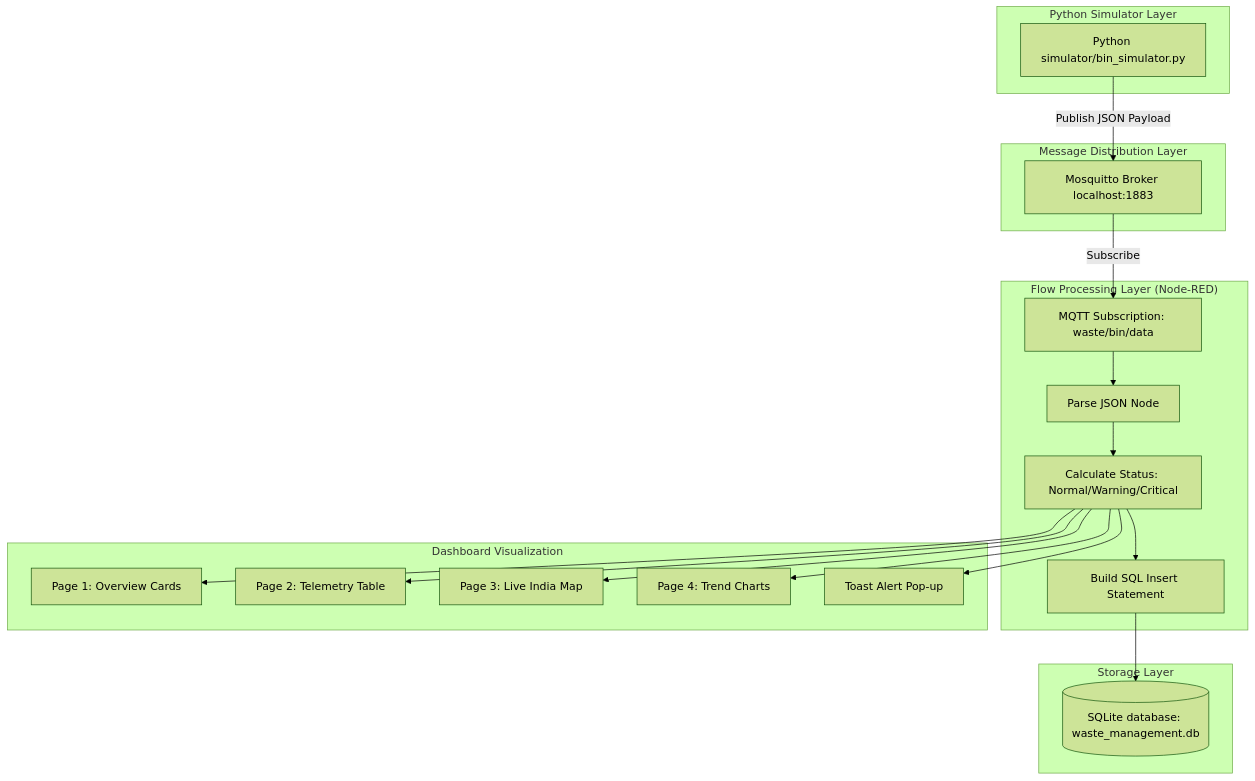
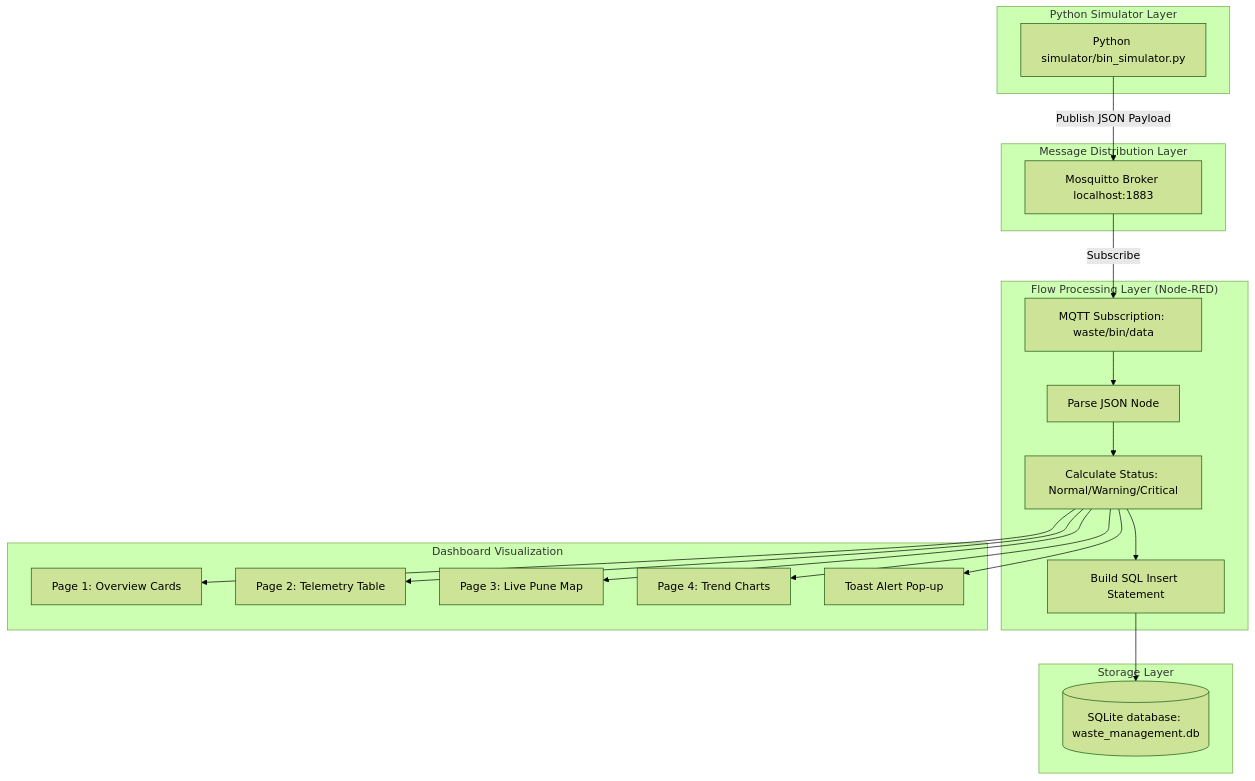
Before and after one commit to ashok-shetti/smart-waste-management: the diagram in README.md, drawn with Mermaid (forest theme). The commit also changed other lines of this file and 3 other files, not shown here.

Commit message:
Refactor: rename flow file to waste_flow.json, update doc coordinates to Pune, and fix table rendering

````diff
--- a/README.md
+++ b/README.md
@@ -35,41 +35,41 @@
 ```mermaid
 graph TD
     subgraph "Python Simulator Layer"
         Sim[Python simulator/bin_simulator.py]
     end
 
     subgraph "Message Distribution Layer"
         Broker[Mosquitto Broker localhost:1883]
     end
 
     subgraph "Flow Processing Layer (Node-RED)"
         MQTT_In[MQTT Subscription: waste/bin/data]
         JSON[Parse JSON Node]
         Calc[Calculate Status: Normal/Warning/Critical]
         Insert[Build SQL Insert Statement]
     end
 
     subgraph "Storage Layer"
         DB[(SQLite database: waste_management.db)]
     end
 
     subgraph "Dashboard Visualization"
         Dash_Over[Page 1: Overview Cards]
         Dash_Table[Page 2: Telemetry Table]
-        Dash_Map[Page 3: Live India Map]
+        Dash_Map[Page 3: Live Pune Map]
         Dash_Chart[Page 4: Trend Charts]
         Alert_Toast[Toast Alert Pop-up]
     end
 
     Sim -->|Publish JSON Payload| Broker
     Broker -->|Subscribe| MQTT_In
     MQTT_In --> JSON
     JSON --> Calc
     
     Calc --> Insert --> DB
     Calc --> Dash_Over
     Calc --> Dash_Table
     Calc --> Dash_Map
     Calc --> Dash_Chart
     Calc --> Alert_Toast
 ```
````
